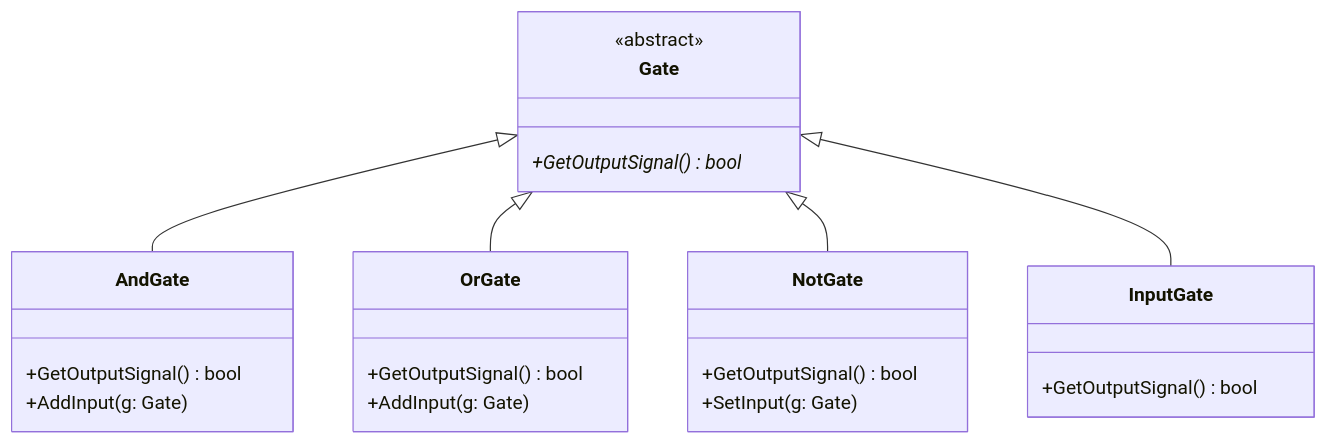
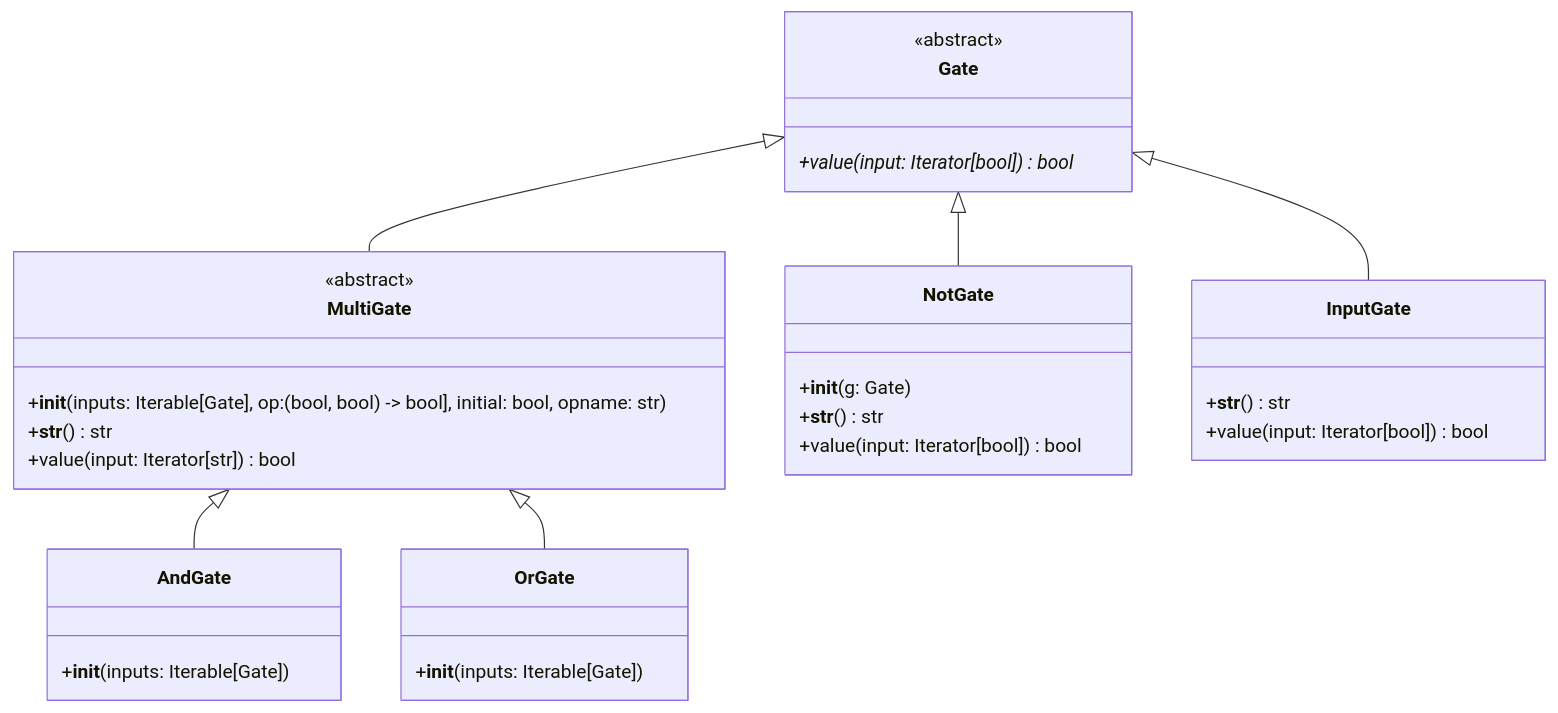
Before and after one commit to roninbar/logic: the second of 2 diagrams in logic.md, drawn with Mermaid. The commit also changed 3 other files, not shown here.

Commit message:
Factor out common code from `AndGate` and `OrGate` into new class `MultiGate`.

````diff
--- a/logic.md
+++ b/logic.md
@@ -7,26 +7,33 @@
 ```mermaid
 classDiagram
-    Gate <|-- AndGate
-    Gate <|-- OrGate
+    Gate <|-- MultiGate
+    MultiGate <|-- AndGate
+    MultiGate <|-- OrGate
     Gate <|-- NotGate
     Gate <|-- InputGate
     class Gate {
         <<abstract>>
-        +GetOutputSignal()* bool
+        +value(input: Iterator[bool])* bool
+    }
+    class MultiGate {
+        <<abstract>>
+        +__init__(inputs: Iterable[Gate], op: (bool, bool) -> bool], initial: bool, opname: str)
+        +__str__() str
+        +value(input: Iterator[str]) bool
     }
     class InputGate {
-        +GetOutputSignal() bool
+        +__str__() str
+        +value(input: Iterator[bool]) bool
     }
     class AndGate {
-        +GetOutputSignal() bool
-        +AddInput(g: Gate)
+        +__init__(inputs: Iterable[Gate])
     }
     class OrGate {
-        +GetOutputSignal() bool
-        +AddInput(g: Gate)
+        +__init__(inputs: Iterable[Gate])
     }
     class NotGate {
-        +GetOutputSignal() bool
-        +SetInput(g: Gate)
+        +__init__(g: Gate)
+        +__str__() str
+        +value(input: Iterator[bool]) bool
     }
 ```
````
